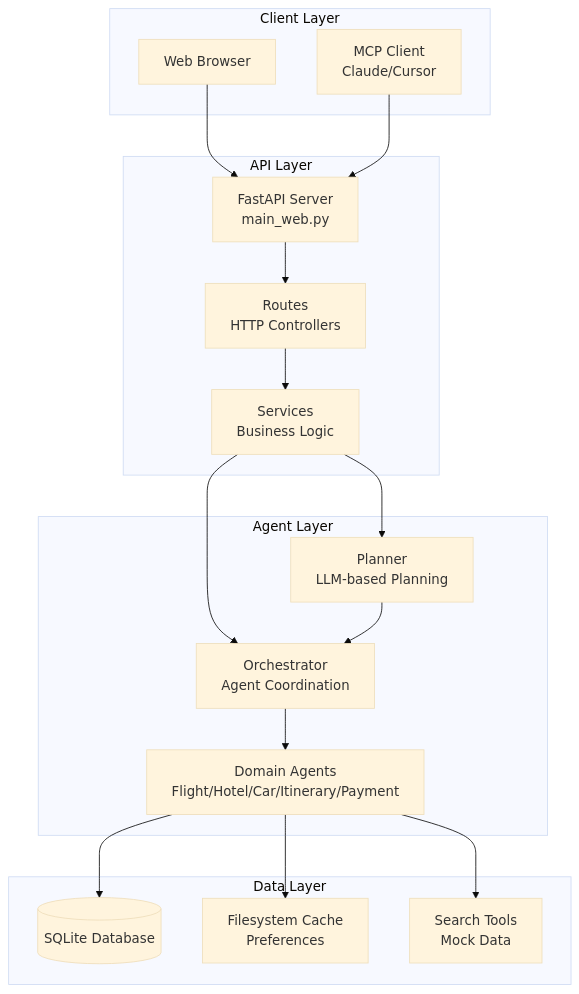
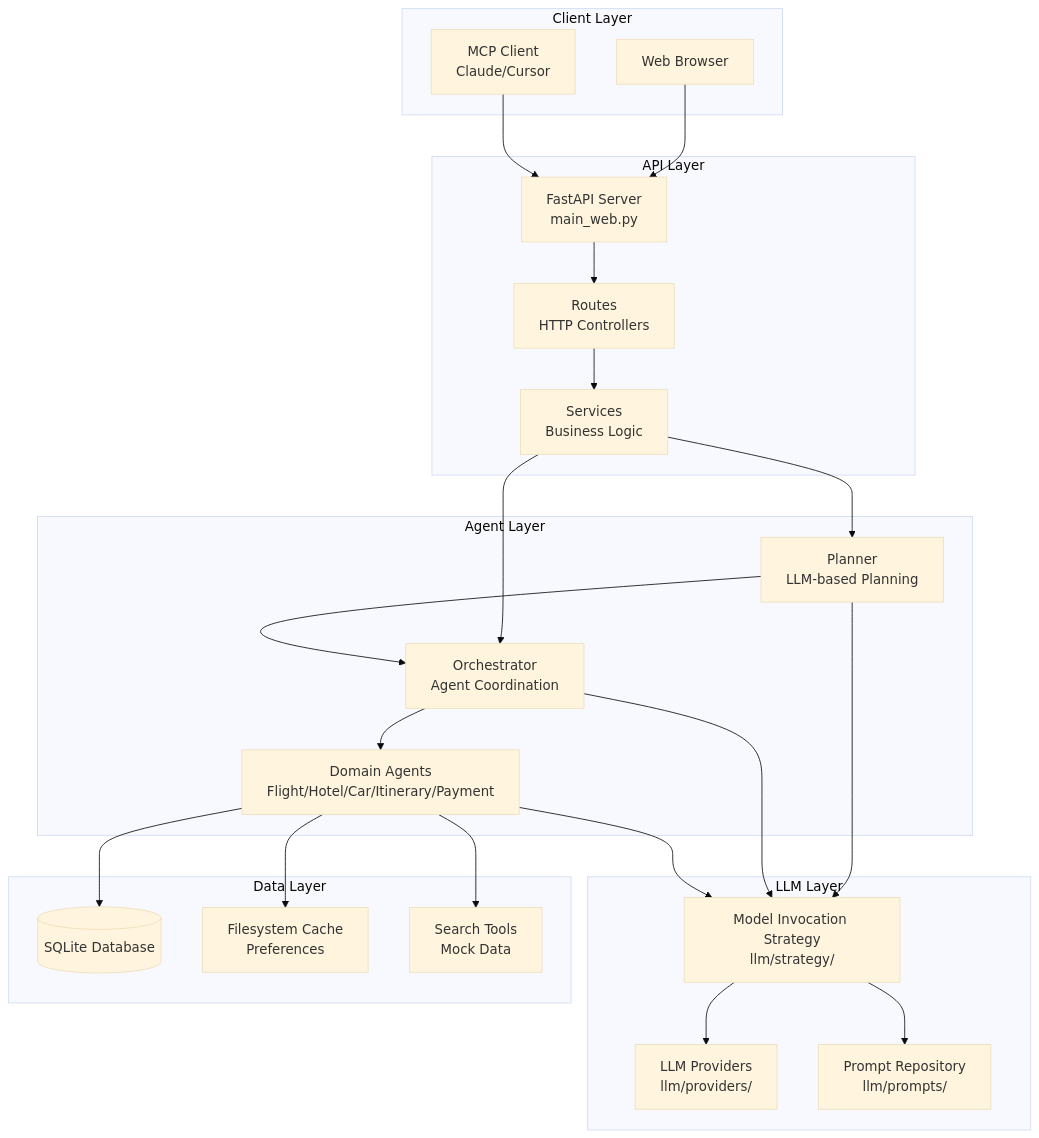
One commit to udayakiranss/TravelAgent changed the first of 8 diagrams in README.md. Above: the diagram before and after it, drawn with Mermaid (base theme). The commit also changed other lines of this file and 44 other files, not shown here.

````diff
--- a/README.md
+++ b/README.md
@@ -97,37 +99,48 @@
 ```mermaid
 graph TB
     subgraph "Client Layer"
         WEB[Web Browser]
         MCP[MCP Client<br/>Claude/Cursor]
     end
     
     subgraph "API Layer"
         FASTAPI[FastAPI Server<br/>main_web.py]
         ROUTES[Routes<br/>HTTP Controllers]
         SERVICES[Services<br/>Business Logic]
+    end
+    
+    subgraph "LLM Layer"
+        LLM_STRAT[Model Invocation Strategy<br/>llm/strategy/]
+        LLM_PROV[LLM Providers<br/>llm/providers/]
+        PROMPTS[Prompt Repository<br/>llm/prompts/]
     end
     
     subgraph "Agent Layer"
         ORCH[Orchestrator<br/>Agent Coordination]
         PLAN[Planner<br/>LLM-based Planning]
         AGENTS[Domain Agents<br/>Flight/Hotel/Car/Itinerary/Payment]
     end
     
     subgraph "Data Layer"
         DB[(SQLite Database)]
         CACHE[Filesystem Cache<br/>Preferences]
         TOOLS[Search Tools<br/>Mock Data]
     end
     
     WEB --> FASTAPI
     MCP --> FASTAPI
     FASTAPI --> ROUTES
     ROUTES --> SERVICES
     SERVICES --> ORCH
     SERVICES --> PLAN
     ORCH --> AGENTS
     PLAN --> ORCH
+    PLAN --> LLM_STRAT
+    ORCH --> LLM_STRAT
+    AGENTS --> LLM_STRAT
+    LLM_STRAT --> LLM_PROV
+    LLM_STRAT --> PROMPTS
     AGENTS --> DB
     AGENTS --> CACHE
     AGENTS --> TOOLS
 ```
````
